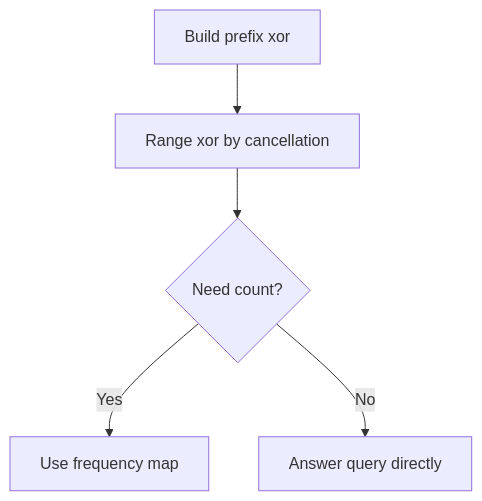
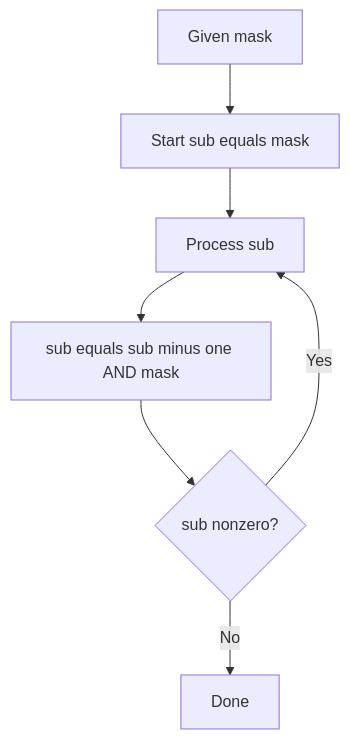
One commit to mthaiseer/springcloud-systemdesign-notes changed diagram 14 of 22 in CP_DSA_NOTES/CONCEPT_FRAMEWORK_FORMS_TATICS/bitwise_playbook.md. Above: the diagram before and after it, drawn with Mermaid. The commit also changed other lines of this file, not shown here.

````diff
--- a/CP_DSA_NOTES/CONCEPT_FRAMEWORK_FORMS_TATICS/bitwise_playbook.md
+++ b/CP_DSA_NOTES/CONCEPT_FRAMEWORK_FORMS_TATICS/bitwise_playbook.md
@@ -464,7 +571,9 @@
 ```mermaid
 flowchart TD
-    A["Build prefix xor"] --> B["Range xor by cancellation"]
-    B --> C{"Need count?"}
-    C -->|"Yes"| D["Use frequency map"]
-    C -->|"No"| E["Answer query directly"]
+    A["Given mask"] --> B["Start sub equals mask"]
+    B --> C["Process sub"]
+    C --> D["sub equals sub minus one AND mask"]
+    D --> E{"sub nonzero?"}
+    E -->|"Yes"| C
+    E -->|"No"| F["Done"]
 ```
````
